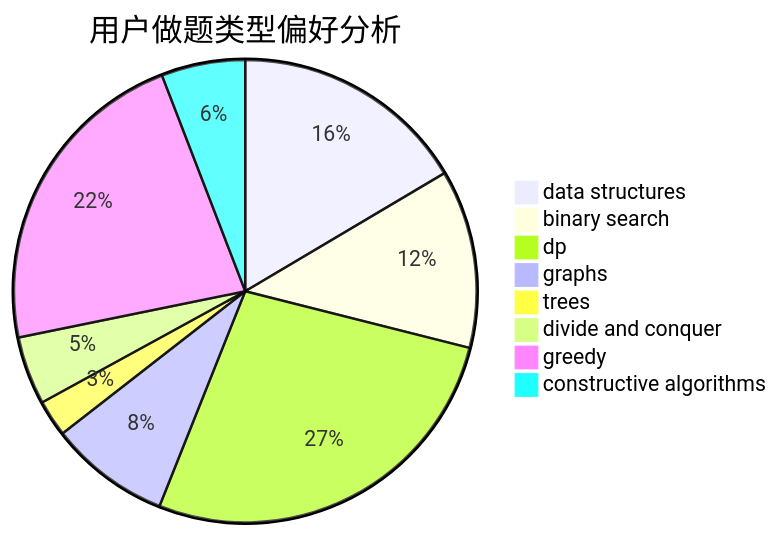
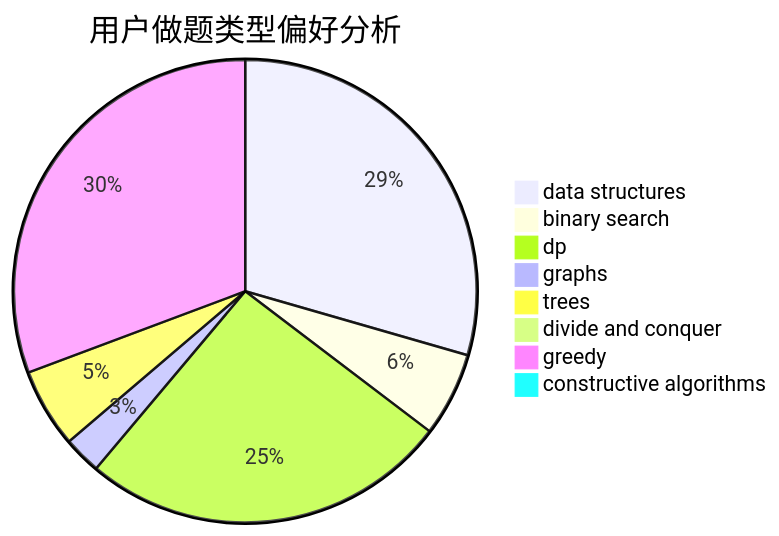
One commit to sherpahu/cfrs.github.io changed the second of 3 diagrams in docs/user/u1346.md. Above: the diagram before and after it, drawn with Mermaid. The commit also changed other lines of this file and 2770 other files, not shown here.

````diff
--- a/docs/user/u1346.md
+++ b/docs/user/u1346.md
@@ -23,11 +23,11 @@
 ```mermaid
 pie title 用户做题类型偏好分析
-    "data structures" :  45
-    "binary search" :  34
-    "dp" :  74
-    "graphs" :  23
-    "trees" :  7
-    "divide and conquer" :  13
-    "greedy" :  61
-    "constructive algorithms" :  16
+    "data structures" :  426
+    "binary search" :  85
+    "dp" :  373
+    "graphs" :  38
+    "trees" :  80
+    "divide and conquer" :  10
+    "greedy" :  444
+    "constructive algorithms" :  13
 ```
````
